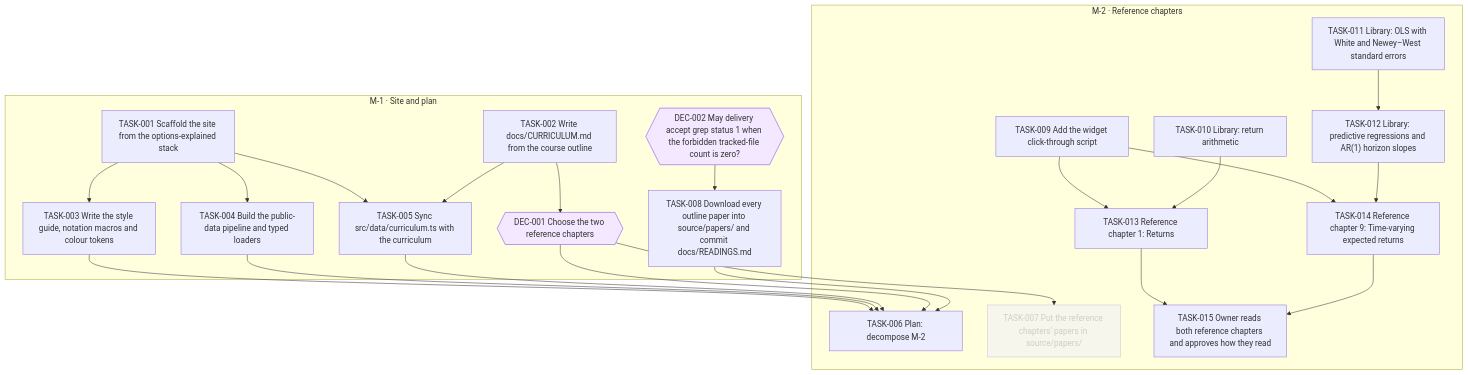
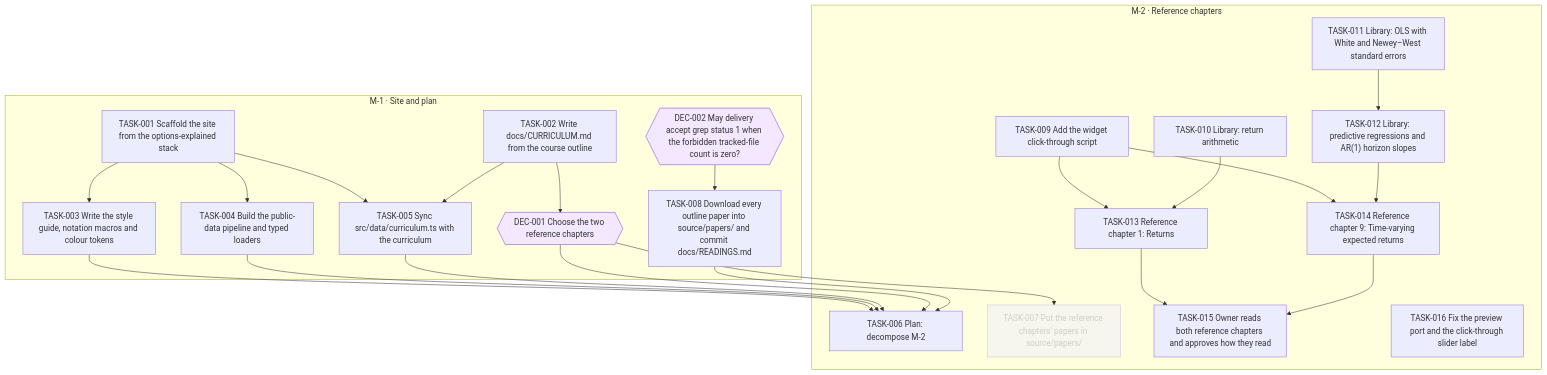
Before and after one commit to all-explained/empirical-finance-lbs: the diagram in goals/course-site/README.md, drawn with Mermaid. The commit also changed 1 other file, not shown here.

Commit message:
goal(course-site): add TASK-016 Fix the preview port and the click-through slider label

````diff
--- a/goals/course-site/README.md
+++ b/goals/course-site/README.md
@@ -39,49 +39,50 @@
 ```mermaid
 flowchart TD
   subgraph M_1["M-1 · Site and plan"]
     DEC_001{{"DEC-001 Choose the two reference chapters"}}
     DEC_002{{"DEC-002 May delivery accept grep status 1 when the forbidden tracked-file count is zero?"}}
     TASK_001["TASK-001 Scaffold the site from the options-explained stack"]
     TASK_002["TASK-002 Write docs/CURRICULUM.md from the course outline"]
     TASK_003["TASK-003 Write the style guide, notation macros and colour tokens"]
     TASK_004["TASK-004 Build the public-data pipeline and typed loaders"]
     TASK_005["TASK-005 Sync src/data/curriculum.ts with the curriculum"]
     TASK_008["TASK-008 Download every outline paper into source/papers/ and commit docs/READINGS.md"]
   end
   subgraph M_2["M-2 · Reference chapters"]
     TASK_006["TASK-006 Plan: decompose M-2"]
     TASK_007["TASK-007 Put the reference chapters' papers in source/papers/"]
     TASK_009["TASK-009 Add the widget click-through script"]
     TASK_010["TASK-010 Library: return arithmetic"]
     TASK_011["TASK-011 Library: OLS with White and Newey–West standard errors"]
     TASK_012["TASK-012 Library: predictive regressions and AR(1) horizon slopes"]
     TASK_013["TASK-013 Reference chapter 1: Returns"]
     TASK_014["TASK-014 Reference chapter 9: Time-varying expected returns"]
     TASK_015["TASK-015 Owner reads both reference chapters and approves how they read"]
+    TASK_016["TASK-016 Fix the preview port and the click-through slider label"]
   end
   TASK_002 --> DEC_001
   TASK_001 --> TASK_003
   TASK_001 --> TASK_004
   TASK_001 --> TASK_005
   TASK_002 --> TASK_005
   TASK_003 --> TASK_006
   TASK_004 --> TASK_006
   TASK_005 --> TASK_006
   DEC_001 --> TASK_006
   TASK_008 --> TASK_006
   DEC_001 --> TASK_007
   DEC_002 --> TASK_008
   TASK_011 --> TASK_012
   TASK_009 --> TASK_013
   TASK_010 --> TASK_013
   TASK_009 --> TASK_014
   TASK_012 --> TASK_014
   TASK_013 --> TASK_015
   TASK_014 --> TASK_015
   classDef draft stroke-dasharray: 4 3
   classDef cancelled opacity:0.45
   classDef decision fill:#f3e8ff,stroke:#7c3aed
   class TASK_007 cancelled
   class DEC_001 decision
   class DEC_002 decision
 ```
````
